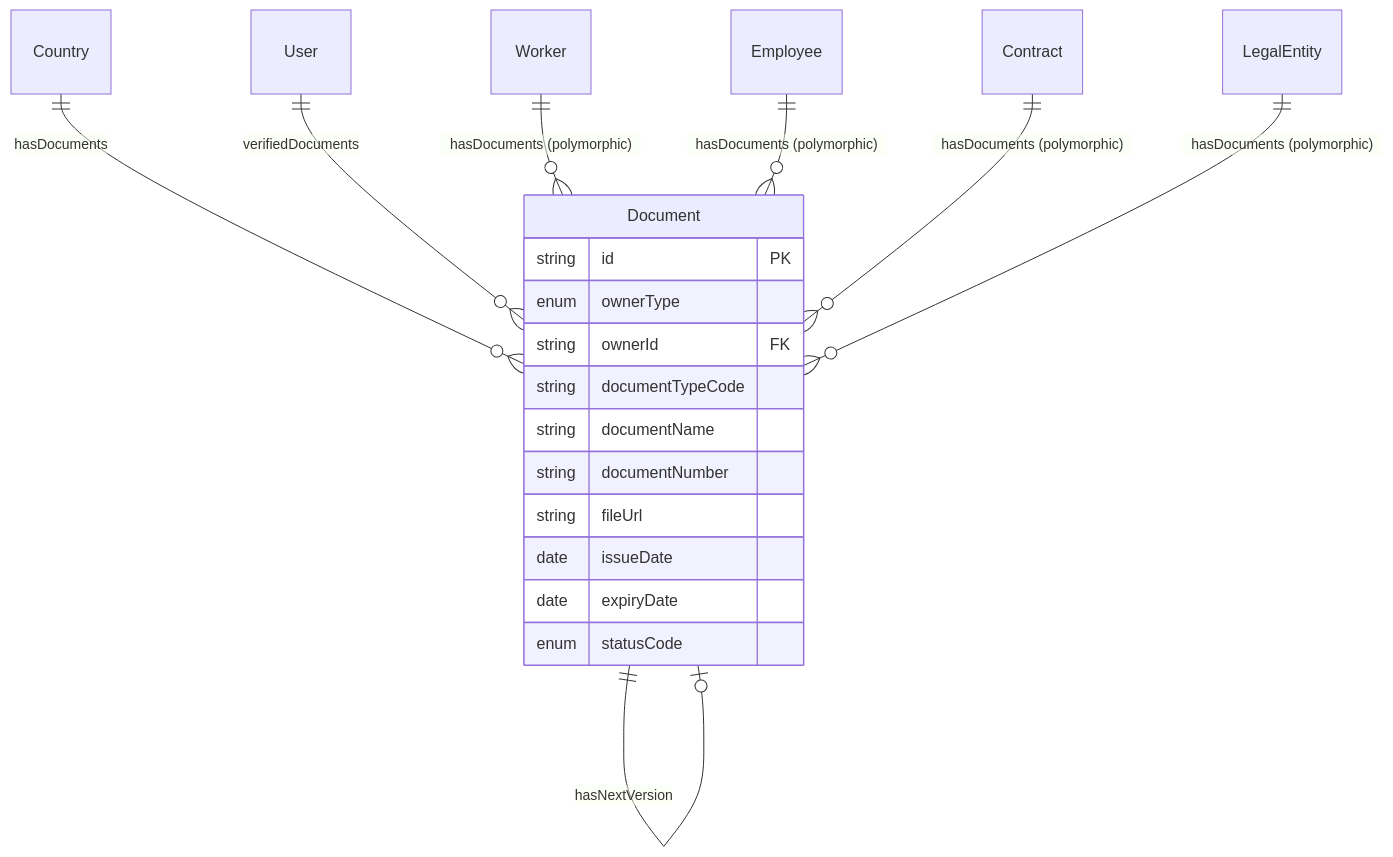
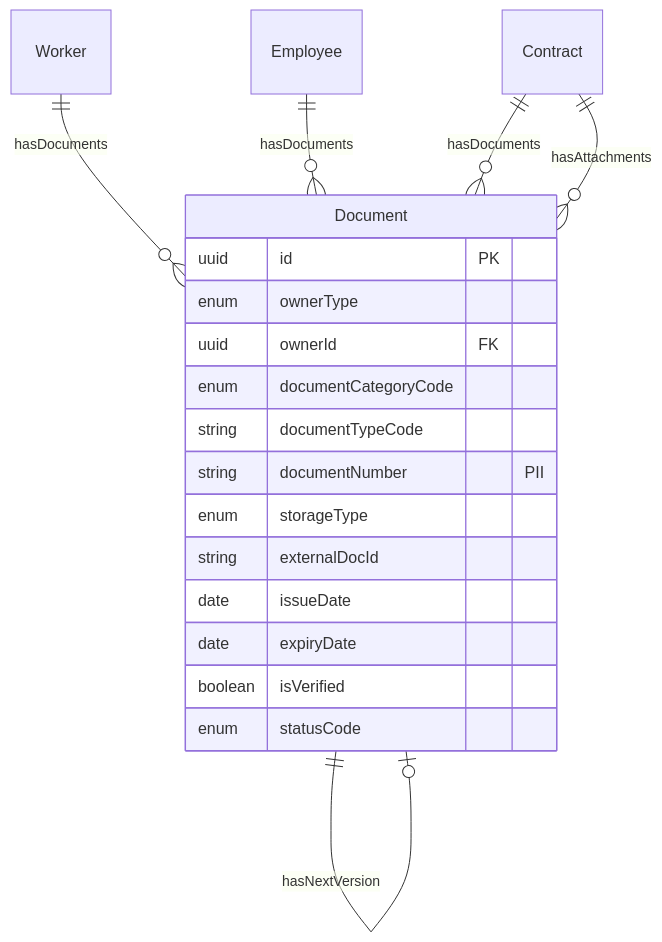
The third of 3 diagrams in docs/01-modules/CO/00-new/02.ontology/person/Document.onto.md (a4b-corporation/xTalent), drawn with Mermaid before and after one commit. The commit also changed other lines of this file and 6 other files, not shown here.

````diff
--- a/docs/01-modules/CO/00-new/02.ontology/person/Document.onto.md
+++ b/docs/01-modules/CO/00-new/02.ontology/person/Document.onto.md
@@ -414,23 +885,23 @@
 ```mermaid
 erDiagram
-    Country ||--o{ Document : hasDocuments
-    User ||--o{ Document : verifiedDocuments
+    Worker ||--o{ Document : hasDocuments
+    Employee ||--o{ Document : hasDocuments
+    Contract ||--o{ Document : hasDocuments
+    Contract ||--o{ Document : hasAttachments
     Document ||--o| Document : hasNextVersion
-    Worker ||--o{ Document : "hasDocuments (polymorphic)"
-    Employee ||--o{ Document : "hasDocuments (polymorphic)"
-    Contract ||--o{ Document : "hasDocuments (polymorphic)"
-    LegalEntity ||--o{ Document : "hasDocuments (polymorphic)"
     
     Document {
-        string id PK
+        uuid id PK
         enum ownerType
-        string ownerId FK
+        uuid ownerId FK
+        enum documentCategoryCode
         string documentTypeCode
-        string documentName
-        string documentNumber
-        string fileUrl
+        string documentNumber "PII"
+        enum storageType
+        string externalDocId
         date issueDate
         date expiryDate
+        boolean isVerified
         enum statusCode
     }
 ```
````
